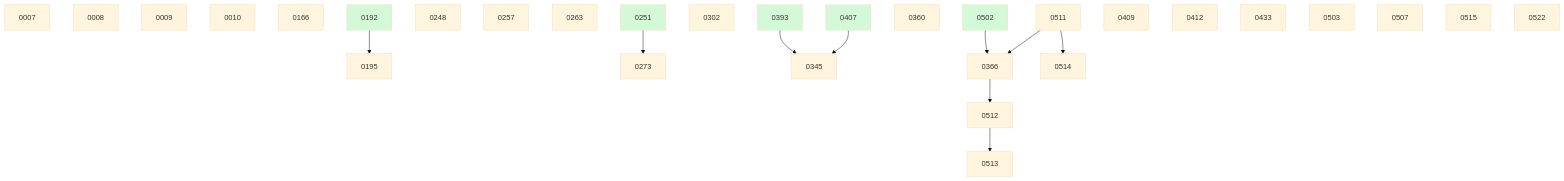
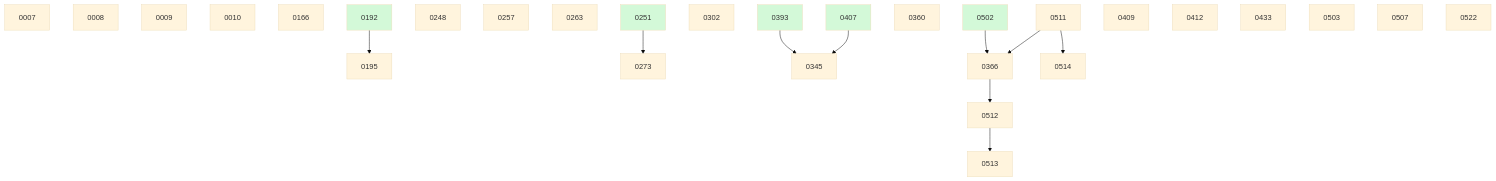
The diagram in docs/changes/BOARD.md (danielhanold/docket), drawn with Mermaid (base theme) before and after one commit. The commit also changed other lines of this file and 2 other files, not shown here.

````diff
--- a/docs/changes/BOARD.md
+++ b/docs/changes/BOARD.md
@@ -50,36 +44,35 @@
 ```mermaid
 graph TD
   0007
   0008
   0009
   0010
   0166
   0192 --> 0195
   0248
   0257
   0263
   0251 --> 0273
   0302
   0393 --> 0345
   0407 --> 0345
   0360
   0502 --> 0366
   0511 --> 0366
   0409
   0412
   0433
   0503
   0507
   0511
   0366 --> 0512
   0512 --> 0513
   0511 --> 0514
-  0515
   0522
   0192:::done
   0251:::done
   0393:::done
   0407:::done
   0502:::done
   classDef done fill:#d3f9d8;
 ```
````
